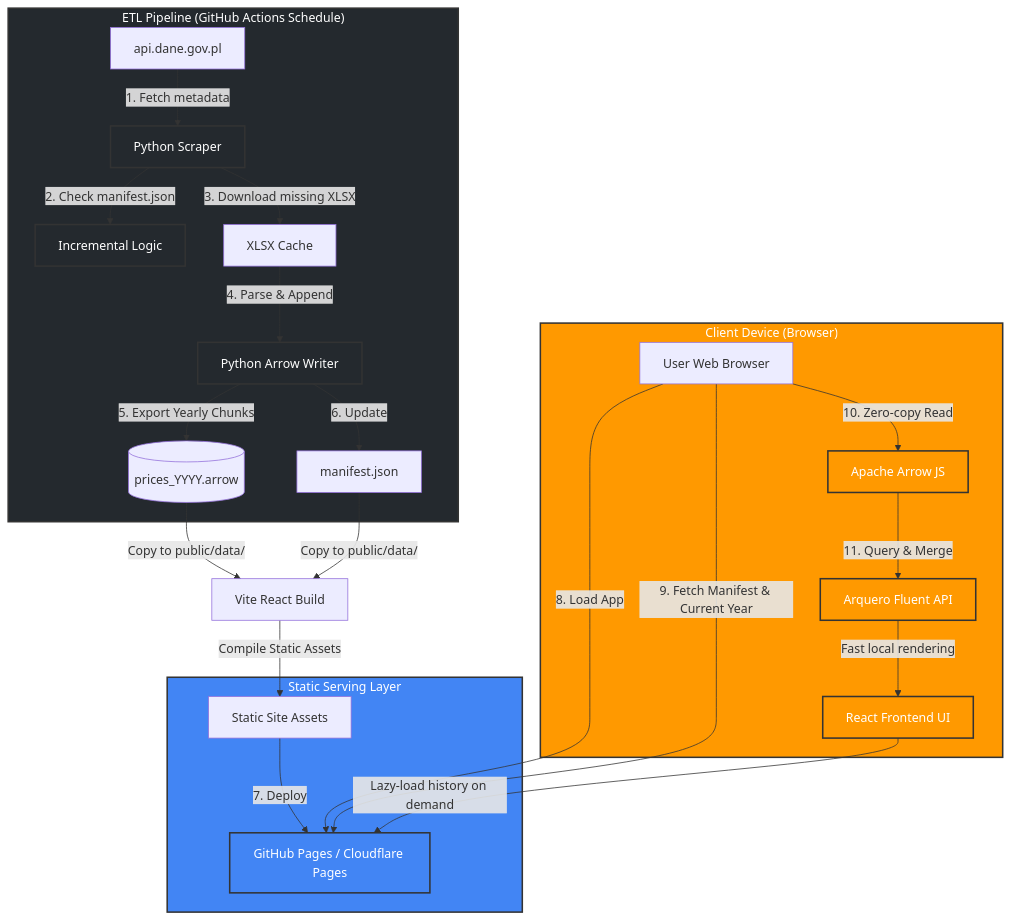
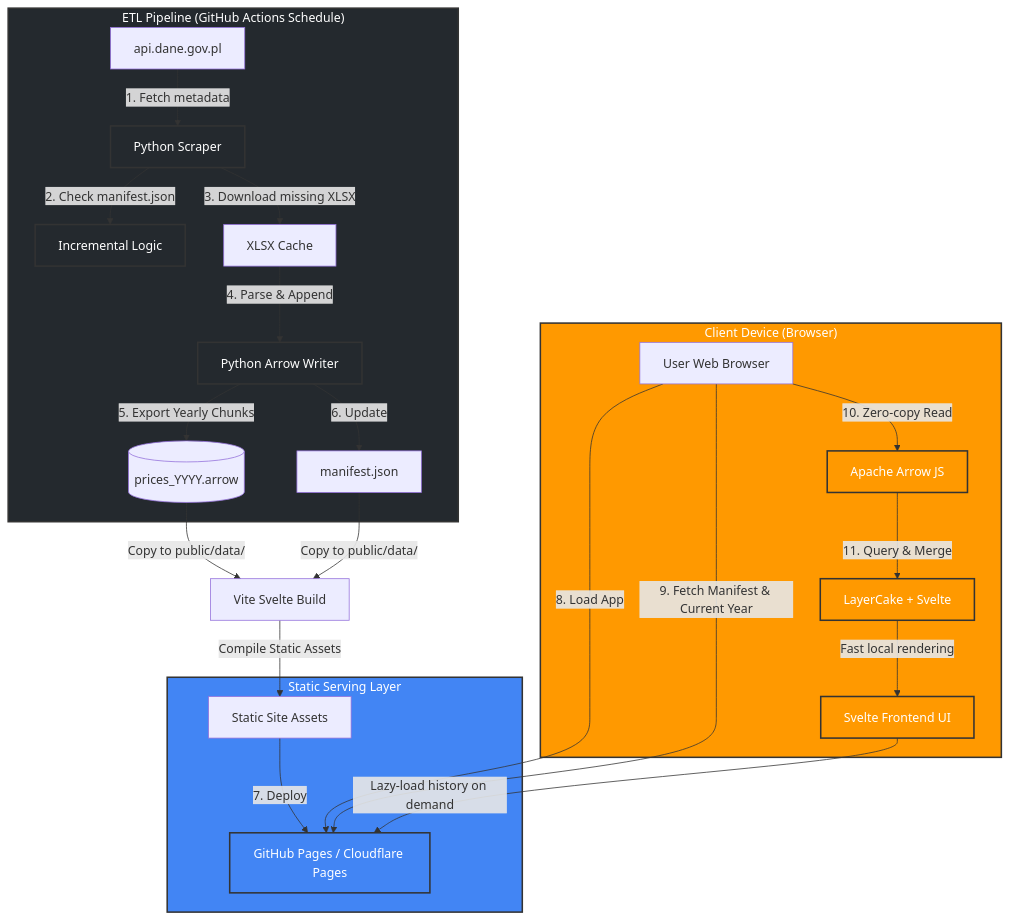
The diagram in NewArchitecture.md (aczepielik/cropsprices), drawn with Mermaid before and after one commit. The commit also changed other lines of this file and 3 other files, not shown here.

````diff
--- a/NewArchitecture.md
+++ b/NewArchitecture.md
@@ -11,38 +16,38 @@
 ```mermaid
 graph TD
     %% Scraper/ETL Pipeline (CI/CD)
     subgraph ETL ["ETL Pipeline (GitHub Actions Schedule)"]
         API[api.dane.gov.pl] -->|1. Fetch metadata| Python[Python Scraper]
         Python -->|2. Check manifest.json| DBCheck[Incremental Logic]
         Python -->|3. Download missing XLSX| Cache[XLSX Cache]
         Cache -->|4. Parse & Append| DBBuilder[Python Arrow Writer]
         DBBuilder -->|5. Export Yearly Chunks| ArrowFiles[("prices_YYYY.arrow")]
         DBBuilder -->|6. Update| Manifest["manifest.json"]
     end
 
     %% Build & Deploy
-    ArrowFiles & Manifest -->|Copy to public/data/| ReactBuild[Vite React Build]
-    ReactBuild -->|Compile Static Assets| StaticAssets[Static Site Assets]
+    ArrowFiles & Manifest -->|Copy to public/data/| SvelteBuild[Vite Svelte Build]
+    SvelteBuild -->|Compile Static Assets| StaticAssets[Static Site Assets]
 
     %% Serving Layer
     subgraph Hosting ["Static Serving Layer"]
         StaticAssets -->|7. Deploy| CDN[GitHub Pages / Cloudflare Pages]
     end
 
     %% Client Browser
     subgraph Client ["Client Device (Browser)"]
         Browser[User Web Browser] -->|8. Load App| CDN
         Browser -->|9. Fetch Manifest & Current Year| CDN
         Browser -->|10. Zero-copy Read| ArrowJS[Apache Arrow JS]
-        ArrowJS -->|11. Query & Merge| Arquero[Arquero Fluent API]
-        Arquero -->|Fast local rendering| ReactUI[React Frontend UI]
-        ReactUI -->|Lazy-load history on demand| CDN
+        ArrowJS -->|11. Query & Merge| LayerCake[LayerCake + Svelte]
+        LayerCake -->|Fast local rendering| SvelteUI[Svelte Frontend UI]
+        SvelteUI -->|Lazy-load history on demand| CDN
     end
 
     classDef actions fill:#24292e,stroke:#333,stroke-width:2px,color:#fff;
     classDef client fill:#FF9900,stroke:#333,stroke-width:2px,color:#fff;
     classDef static fill:#4285F4,stroke:#333,stroke-width:2px,color:#fff;
     class ETL,Python,DBCheck,DBBuilder actions;
-    class Client,ArrowJS,Arquero,ReactUI client;
+    class Client,ArrowJS,LayerCake,SvelteUI client;
     class Hosting,CDN static;
 ```
````
